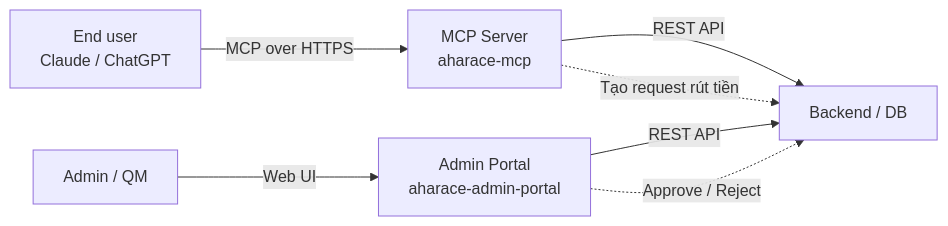
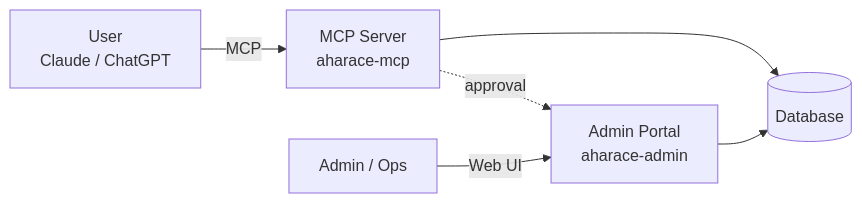
The diagram in developer/codebase-setup.mdx (vancenguyenwork/docs), drawn with Mermaid before and after one commit. The commit also changed other lines of this file and 1 other file, not shown here.

````diff
--- a/developer/codebase-setup.mdx
+++ b/developer/codebase-setup.mdx
@@ -23,9 +11,8 @@
 ```mermaid
 flowchart LR
-  U[End user<br/>Claude / ChatGPT] -->|MCP over HTTPS| M[MCP Server<br/>aharace-mcp]
-  M -->|REST API| B[Backend / DB]
-  A[Admin / QM] -->|Web UI| P[Admin Portal<br/>aharace-admin-portal]
-  P -->|REST API| B
-  M -.->|Tạo request rút tiền| B
-  P -.->|Approve / Reject| B
+    U[User<br/>Claude / ChatGPT] -->|MCP| M[MCP Server<br/>aharace-mcp]
+    A[Admin / Ops] -->|Web UI| P[Admin Portal<br/>aharace-admin]
+    M --> DB[(Database)]
+    P --> DB
+    M -.->|approval| P
 ```
````
